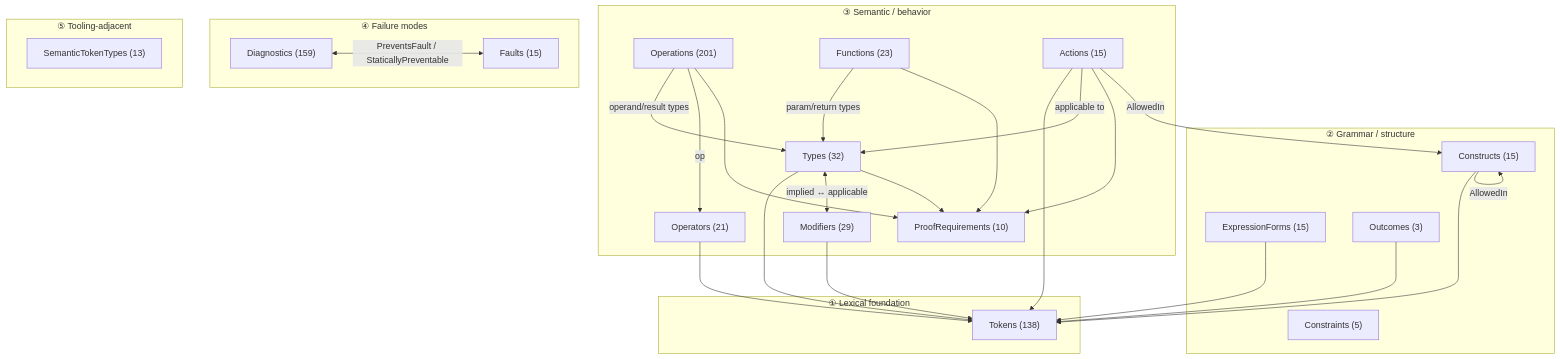
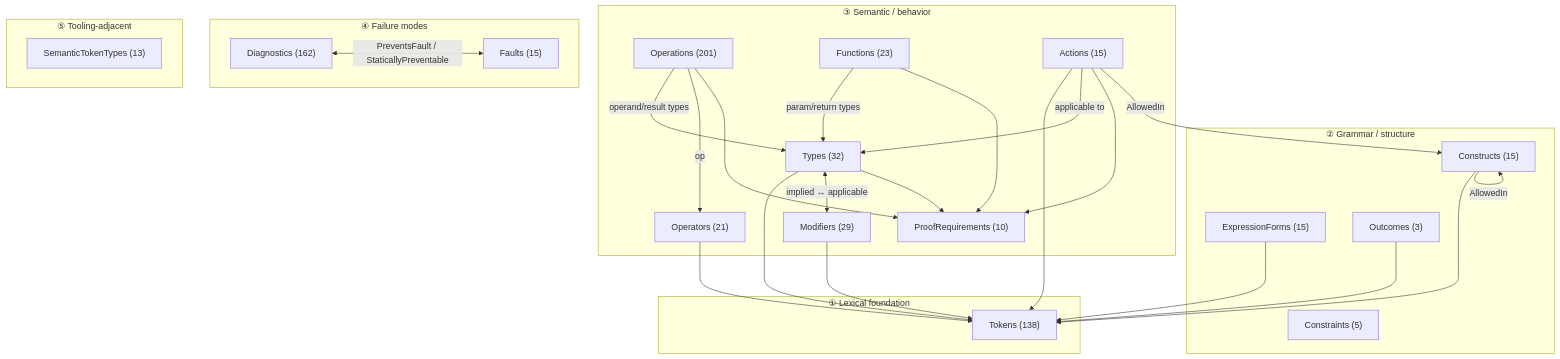
Before and after one commit to sfalik/Precept: the first of 6 diagrams in docs/language/catalog-system.md, drawn with Mermaid. The commit also changed 11 other files, not shown here.

````diff
--- a/docs/language/catalog-system.md
+++ b/docs/language/catalog-system.md
@@ -264,61 +264,61 @@
 ```mermaid
 flowchart TB
     subgraph L1["① Lexical foundation"]
         Tokens["Tokens (138)"]
     end
 
     subgraph L2["② Grammar / structure"]
         Constructs["Constructs (15)"]
         ExpressionForms["ExpressionForms (15)"]
         Outcomes["Outcomes (3)"]
         Constraints["Constraints (5)"]
     end
 
     subgraph L3["③ Semantic / behavior"]
         Types["Types (32)"]
         Operators["Operators (21)"]
         Operations["Operations (201)"]
         Functions["Functions (23)"]
         Modifiers["Modifiers (29)"]
         Actions["Actions (15)"]
         ProofRequirements["ProofRequirements (10)"]
     end
 
     subgraph L4["④ Failure modes"]
-        Diagnostics["Diagnostics (159)"]
+        Diagnostics["Diagnostics (162)"]
         Faults["Faults (15)"]
     end
 
     subgraph L5["⑤ Tooling-adjacent"]
         SemanticTokenTypes["SemanticTokenTypes (13)"]
     end
 
     %% Seven catalogs anchor to Tokens
     Types       --> Tokens
     Operators   --> Tokens
     Modifiers   --> Tokens
     Actions     --> Tokens
     Constructs  --> Tokens
     ExpressionForms --> Tokens
     Outcomes    --> Tokens
 
     %% Semantic wiring
     Functions  -->|param/return types| Types
     Operations -->|operand/result types| Types
     Operations -->|op| Operators
     Actions    -->|applicable to| Types
     Types     <-->|"implied ↔ applicable"| Modifiers
 
     %% Proof obligations
     Types      --> ProofRequirements
     Functions  --> ProofRequirements
     Operations --> ProofRequirements
     Actions    --> ProofRequirements
 
     %% Grammar nesting
     Actions    -->|AllowedIn| Constructs
     Constructs -->|AllowedIn| Constructs
 
     %% Failure link
     Diagnostics <-->|"PreventsFault / StaticallyPreventable"| Faults
 ```
````
